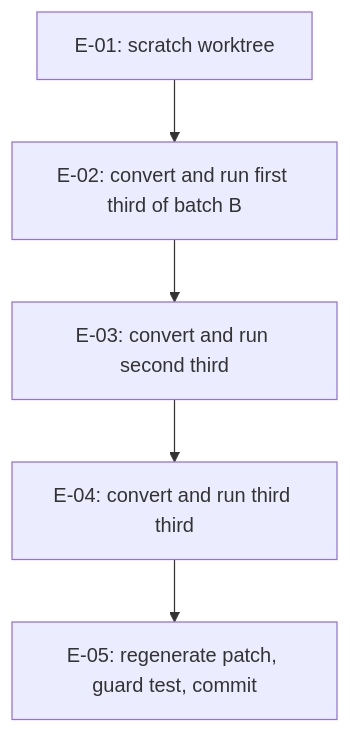
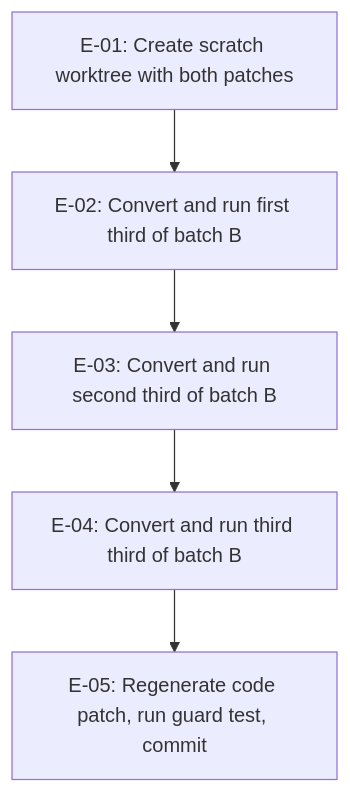
Before and after one commit to fariello/agent-workflows: the diagram in .aw/records/plans/pending/20261125-metastore-309-psm9ac-convert-test-batch-b-backlog-handoff-close-through-ipd-depen.ipd.md, drawn with Mermaid. The commit also changed other lines of this file and 1 other file, not shown here.

````diff
--- a/.aw/records/plans/pending/20261125-metastore-309-psm9ac-convert-test-batch-b-backlog-handoff-close-through-ipd-depen.ipd.md
+++ b/.aw/records/plans/pending/20261125-metastore-309-psm9ac-convert-test-batch-b-backlog-handoff-close-through-ipd-depen.ipd.md
@@ -90,7 +116,7 @@
 ```mermaid
 flowchart TD
-    E01["E-01: scratch worktree"] --> E02["E-02: convert and run first third of batch B"]
-    E02 --> E03["E-03: convert and run second third"]
-    E03 --> E04["E-04: convert and run third third"]
-    E04 --> E05["E-05: regenerate patch, guard test, commit"]
+    E01["E-01: Create scratch worktree with both patches"] --> E02["E-02: Convert and run first third of batch B"]
+    E02 --> E03["E-03: Convert and run second third of batch B"]
+    E03 --> E04["E-04: Convert and run third third of batch B"]
+    E04 --> E05["E-05: Regenerate code patch, run guard test, commit"]
 ```
````
